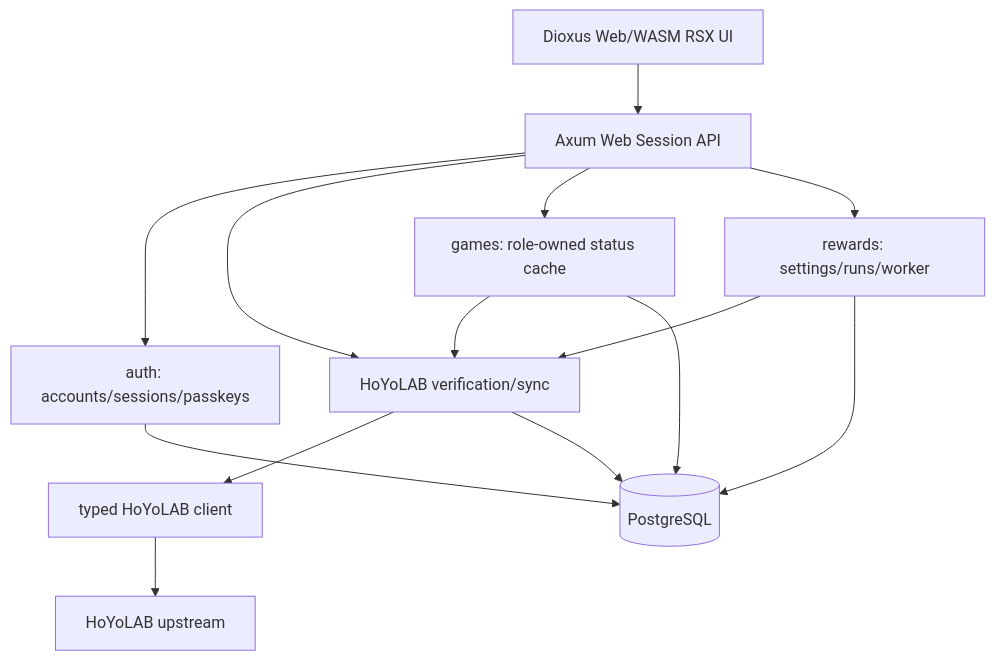
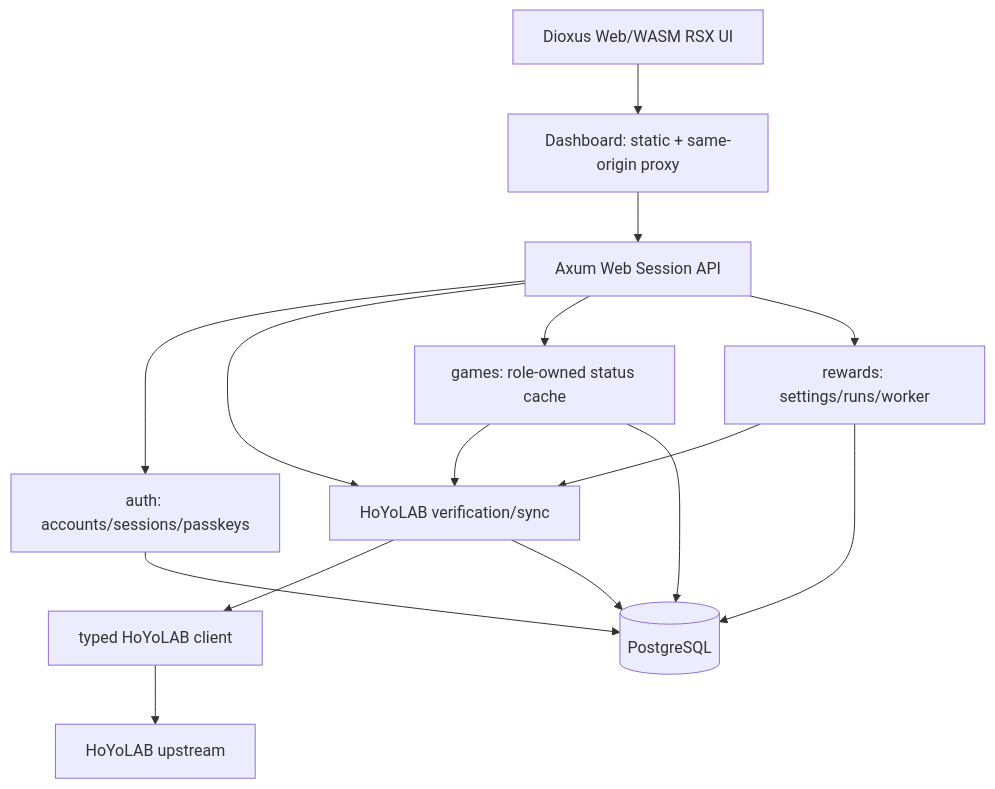
Before and after one commit to AttODao/AttOsHoYoDashboard: the first of 3 diagrams in docs/design/AttOsGameDashboard.md, drawn with Mermaid. The commit also changed other lines of this file and 23 other files, not shown here.

Commit message:
server: split API and Dashboard with launch and Compose startup

````diff
--- a/docs/design/AttOsGameDashboard.md
+++ b/docs/design/AttOsGameDashboard.md
@@ -7,16 +7,17 @@
 ```mermaid
 flowchart TB
-    browser["Dioxus Web/WASM RSX UI"] --> api["Axum Web Session API"]
+    browser["Dioxus Web/WASM RSX UI"] --> dashboard["Dashboard: static + same-origin proxy"]
+    dashboard --> api["Axum Web Session API"]
     api --> auth["auth: accounts/sessions/passkeys"]
     api --> hl["HoYoLAB verification/sync"]
     api --> games["games: role-owned status cache"]
     api --> rewards["rewards: settings/runs/worker"]
     rewards --> hl
     games --> hl
     hl --> client["typed HoYoLAB client"]
     auth --> db[(PostgreSQL)]
     hl --> db
     games --> db
     rewards --> db
     client --> upstream["HoYoLAB upstream"]
 ```
````
